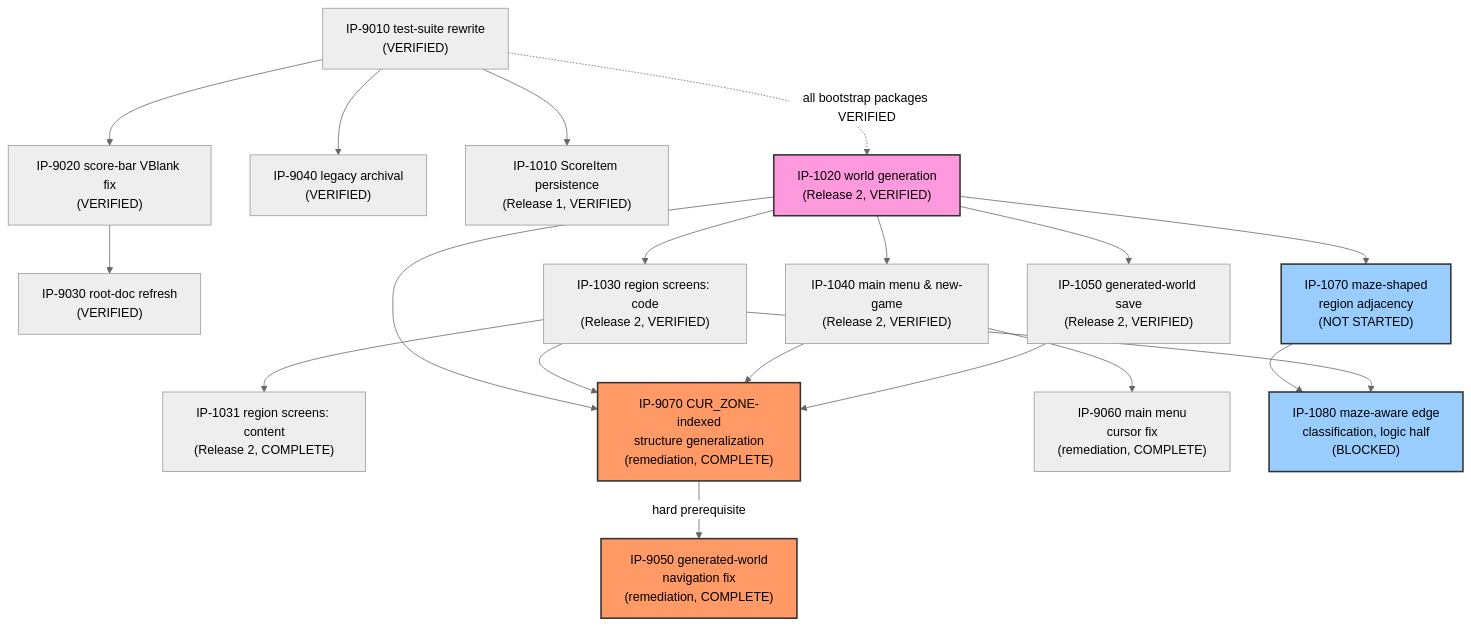
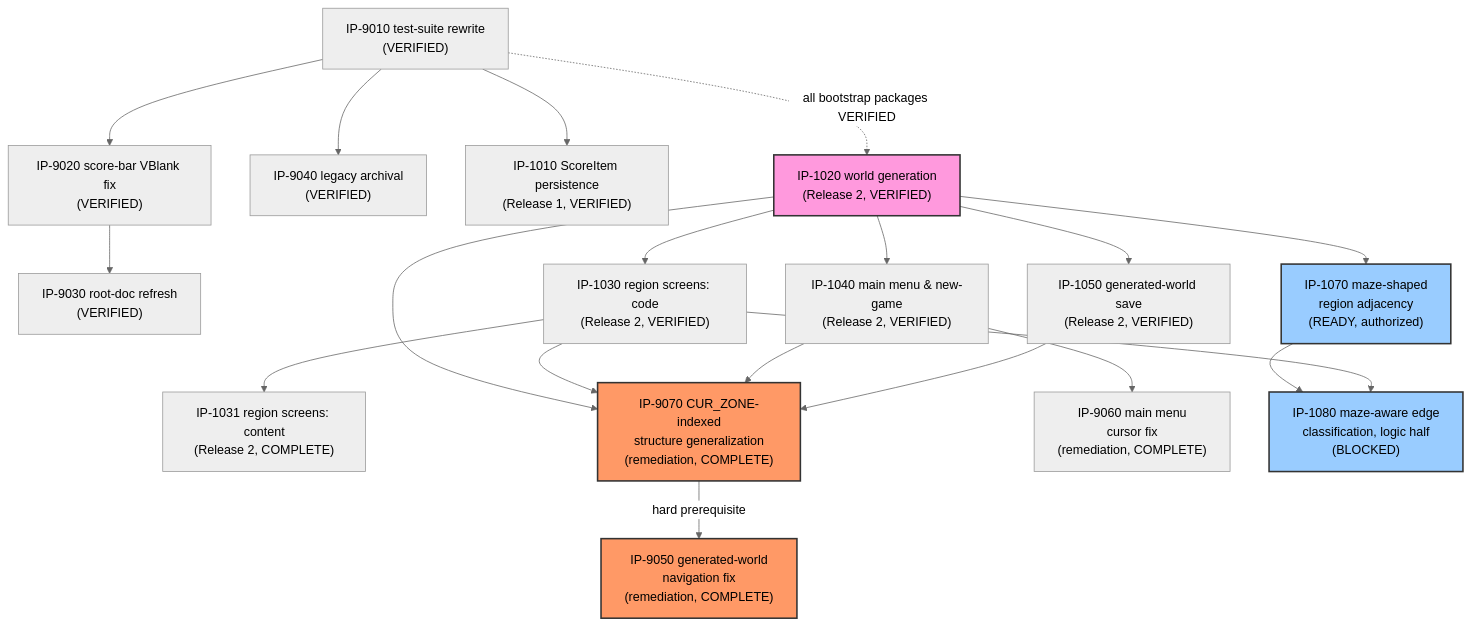
One commit to Zabin/RsGame changed the diagram in docs/implementation/00-master-build-plan.md. Above: the diagram before and after it, drawn with Mermaid (neutral theme). The commit also changed other lines of this file and 4 other files, not shown here.

First line of the commit message:
docs(pipeline): runs #74-75 -- IP-1070 authorized (BL-0069), ready for 08-code-implementation

````diff
--- a/docs/implementation/00-master-build-plan.md
+++ b/docs/implementation/00-master-build-plan.md
@@ -89,47 +91,47 @@
 ```mermaid
 graph TD
     IP9010["IP-9010 test-suite rewrite<br/>(VERIFIED)"]
     IP9020["IP-9020 score-bar VBlank fix<br/>(VERIFIED)"]
     IP9030["IP-9030 root-doc refresh<br/>(VERIFIED)"]
     IP9040["IP-9040 legacy archival<br/>(VERIFIED)"]
     IP1010["IP-1010 ScoreItem persistence<br/>(Release 1, VERIFIED)"]
     IP9010 --> IP9020
     IP9010 --> IP9040
     IP9010 --> IP1010
     IP9020 --> IP9030
 
     IP1020["IP-1020 world generation<br/>(Release 2, VERIFIED)"]
     IP1030["IP-1030 region screens: code<br/>(Release 2, VERIFIED)"]
     IP1031["IP-1031 region screens: content<br/>(Release 2, COMPLETE)"]
     IP1040["IP-1040 main menu & new-game<br/>(Release 2, VERIFIED)"]
     IP1050["IP-1050 generated-world save<br/>(Release 2, VERIFIED)"]
     IP9010 -.all bootstrap packages VERIFIED.-> IP1020
     IP1020 --> IP1030
     IP1030 --> IP1031
     IP1020 --> IP1040
     IP1020 --> IP1050
 
     style IP1020 fill:#f9d,stroke:#333,stroke-width:2px
 
     IP9070["IP-9070 CUR_ZONE-indexed<br/>structure generalization<br/>(remediation, COMPLETE)"]
     IP9050["IP-9050 generated-world<br/>navigation fix<br/>(remediation, COMPLETE)"]
     IP9060["IP-9060 main menu<br/>cursor fix<br/>(remediation, COMPLETE)"]
     IP1020 --> IP9070
     IP1030 --> IP9070
     IP1040 --> IP9070
     IP1050 --> IP9070
     IP9070 -->|hard prerequisite| IP9050
     IP1040 --> IP9060
 
     style IP9070 fill:#f96,stroke:#333,stroke-width:2px
     style IP9050 fill:#f96,stroke:#333,stroke-width:2px
 
-    IP1070["IP-1070 maze-shaped<br/>region adjacency<br/>(NOT STARTED)"]
+    IP1070["IP-1070 maze-shaped<br/>region adjacency<br/>(READY, authorized)"]
     IP1080["IP-1080 maze-aware edge<br/>classification, logic half<br/>(BLOCKED)"]
     IP1020 --> IP1070
     IP1070 --> IP1080
     IP1030 --> IP1080
 
     style IP1070 fill:#9cf,stroke:#333,stroke-width:2px
     style IP1080 fill:#9cf,stroke:#333,stroke-width:2px
 ```
````
